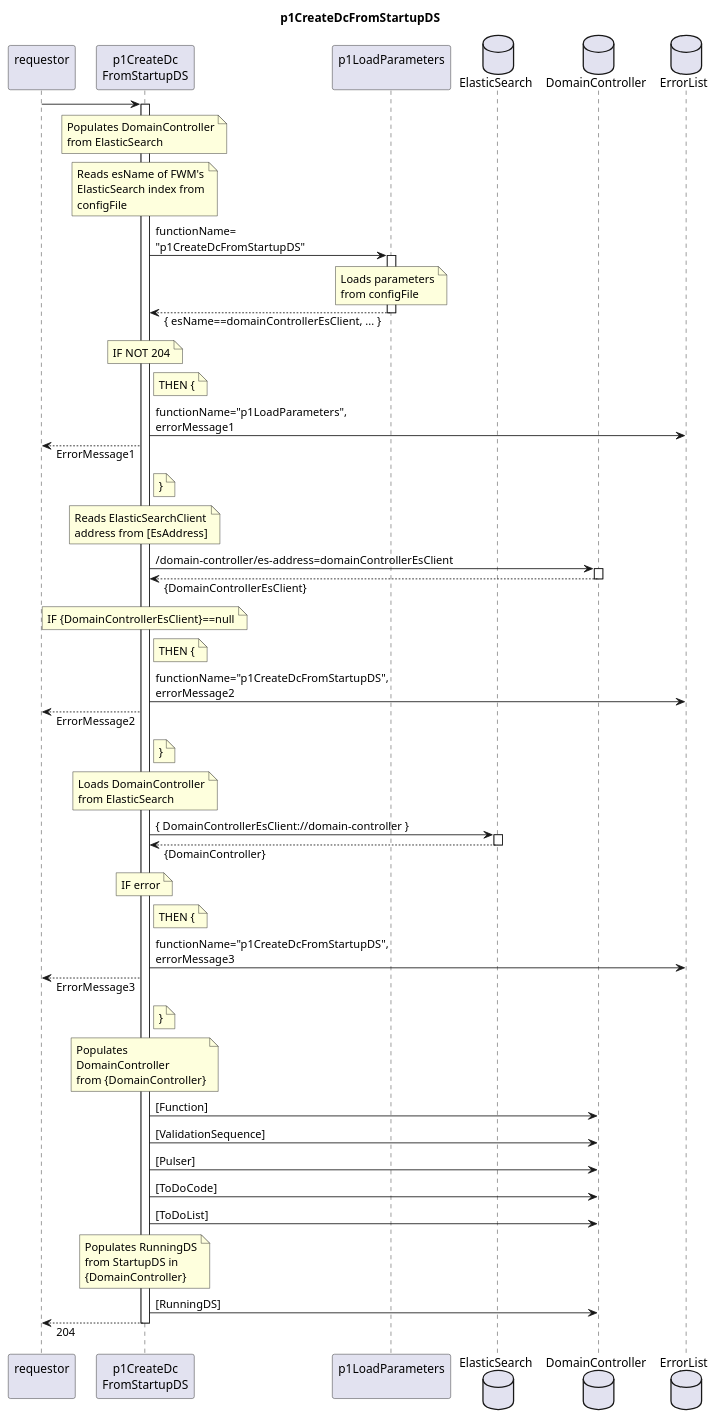
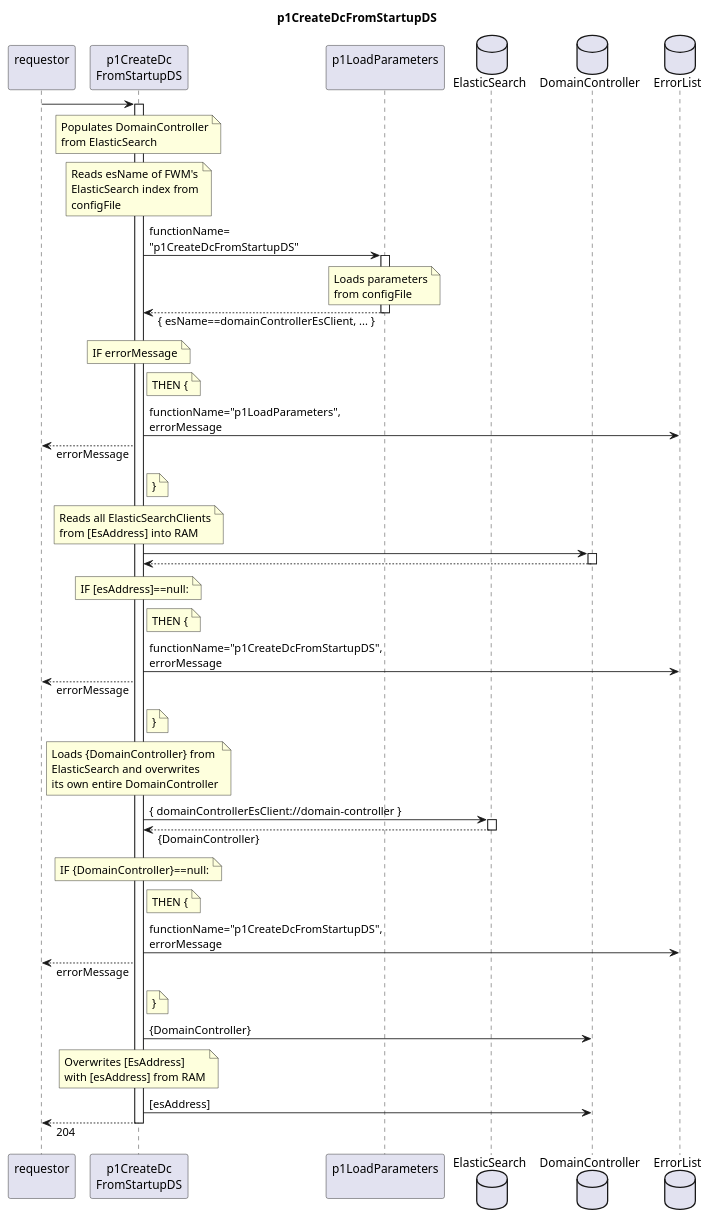
Before and after one commit to openBackhaul/FirmWareManager: the diagram in spec/Functions/Administrative/p1CreateDcFromStartupDS/1.0.0/p1CreateDcFromStartupDS.plantuml, drawn with PlantUML. The commit also changed 18 other files, not shown here.

```diff
--- a/spec/Functions/Administrative/p1CreateDcFromStartupDS/1.0.0/p1CreateDcFromStartupDS.plantuml
+++ b/spec/Functions/Administrative/p1CreateDcFromStartupDS/1.0.0/p1CreateDcFromStartupDS.plantuml
@@ -1,109 +1,99 @@
 @startuml p1CreateDcFromStartupDS
 skinparam responseMessageBelowArrow true
 
 title
   p1CreateDcFromStartupDS
 end title
 
 participant "requestor\n" as requestor
 participant "p1CreateDc\nFromStartupDS" as p1CDCFS
 participant "p1LoadParameters\n" as p1LP
 
 database "ElasticSearch" as StartDS
 database "DomainController" as DC
 database "ErrorList" as hEL
 
 requestor -> p1CDCFS
 activate p1CDCFS
   note over p1CDCFS
     Populates DomainController
     from ElasticSearch
   end note
 
   note over p1CDCFS
     Reads esName of FWM's
     ElasticSearch index from
     configFile
   end note
   p1CDCFS -> p1LP: functionName=\n"p1CreateDcFromStartupDS"
   activate p1LP
     note over p1LP
       Loads parameters
       from configFile
     end note
   p1CDCFS <-- p1LP: { esName==domainControllerEsClient, ... }
   deactivate p1LP
   note over p1CDCFS
-    IF NOT 204
+    IF errorMessage
   end note
   note right p1CDCFS
     THEN {
   end note
-  p1CDCFS -> hEL: functionName="p1LoadParameters",\nerrorMessage1
-  requestor <-- p1CDCFS: ErrorMessage1
+  p1CDCFS -> hEL: functionName="p1LoadParameters",\nerrorMessage
+  requestor <-- p1CDCFS: errorMessage
   note right p1CDCFS
     }
   end note
 
   note over p1CDCFS
-    Reads ElasticSearchClient
-    address from [EsAddress]
+    Reads all ElasticSearchClients
+    from [EsAddress] into RAM
   end note
-  p1CDCFS -> DC: /domain-controller/es-address=domainControllerEsClient
+  p1CDCFS -> DC
   activate DC
-  p1CDCFS <-- DC: {DomainControllerEsClient}
+  p1CDCFS <-- DC
   deactivate DC
   note over p1CDCFS
-    IF {DomainControllerEsClient}==null
+    IF [esAddress]==null:
   end note
   note right p1CDCFS
     THEN {
   end note
-  p1CDCFS -> hEL: functionName="p1CreateDcFromStartupDS",\nerrorMessage2
-  requestor <-- p1CDCFS: ErrorMessage2
+  p1CDCFS -> hEL: functionName="p1CreateDcFromStartupDS",\nerrorMessage
+  requestor <-- p1CDCFS: errorMessage
   note right p1CDCFS
     }
   end note
 
   note over p1CDCFS
-    Loads DomainController
-    from ElasticSearch
+    Loads {DomainController} from
+    ElasticSearch and overwrites
+    its own entire DomainController
   end note
-  p1CDCFS -> StartDS: { DomainControllerEsClient://domain-controller }
+  p1CDCFS -> StartDS: { domainControllerEsClient://domain-controller }
   activate StartDS
   p1CDCFS <-- StartDS: {DomainController}
   deactivate StartDS
   note over p1CDCFS
-    IF error
+    IF {DomainController}==null:
   end note
   note right p1CDCFS
     THEN {
   end note
-  p1CDCFS -> hEL: functionName="p1CreateDcFromStartupDS",\nerrorMessage3
-  requestor <-- p1CDCFS: ErrorMessage3
+  p1CDCFS -> hEL: functionName="p1CreateDcFromStartupDS",\nerrorMessage
+  requestor <-- p1CDCFS: errorMessage
   note right p1CDCFS
     }
   end note
+  p1CDCFS -> DC: {DomainController}
 
   note over p1CDCFS
-    Populates
-    DomainController
-    from {DomainController}
+    Overwrites [EsAddress]
+    with [esAddress] from RAM
   end note
-  p1CDCFS -> DC: [Function]
-  p1CDCFS -> DC: [ValidationSequence]
-  p1CDCFS -> DC: [Pulser]
-  p1CDCFS -> DC: [ToDoCode]
-  p1CDCFS -> DC: [ToDoList]
-
-  note over p1CDCFS
-    Populates RunningDS
-    from StartupDS in
-    {DomainController}
-  end note
-  p1CDCFS -> DC: [RunningDS]
+  p1CDCFS -> DC: [esAddress]
 
 requestor <-- p1CDCFS: 204
 deactivate p1CDCFS
 
 @enduml
```
